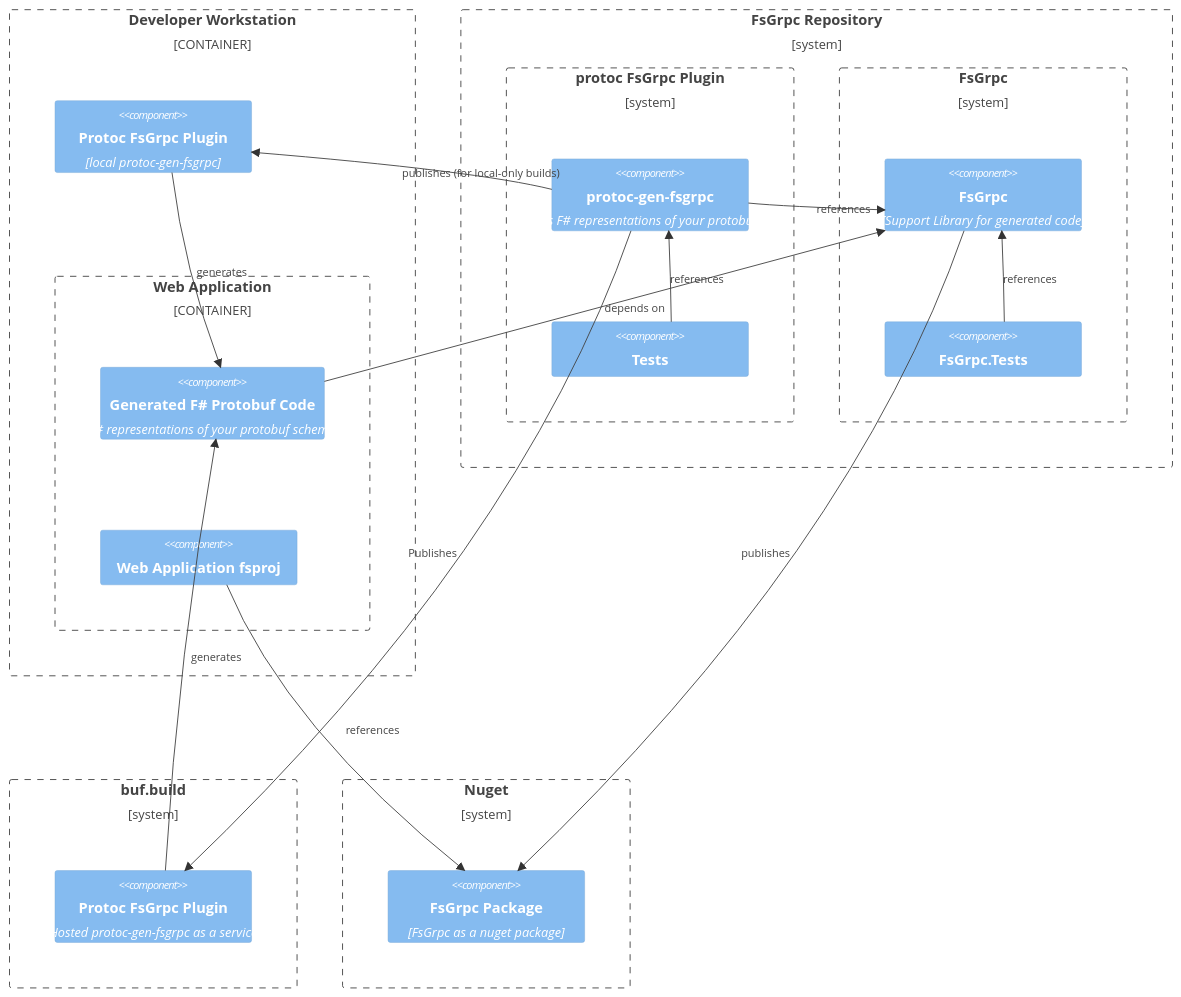
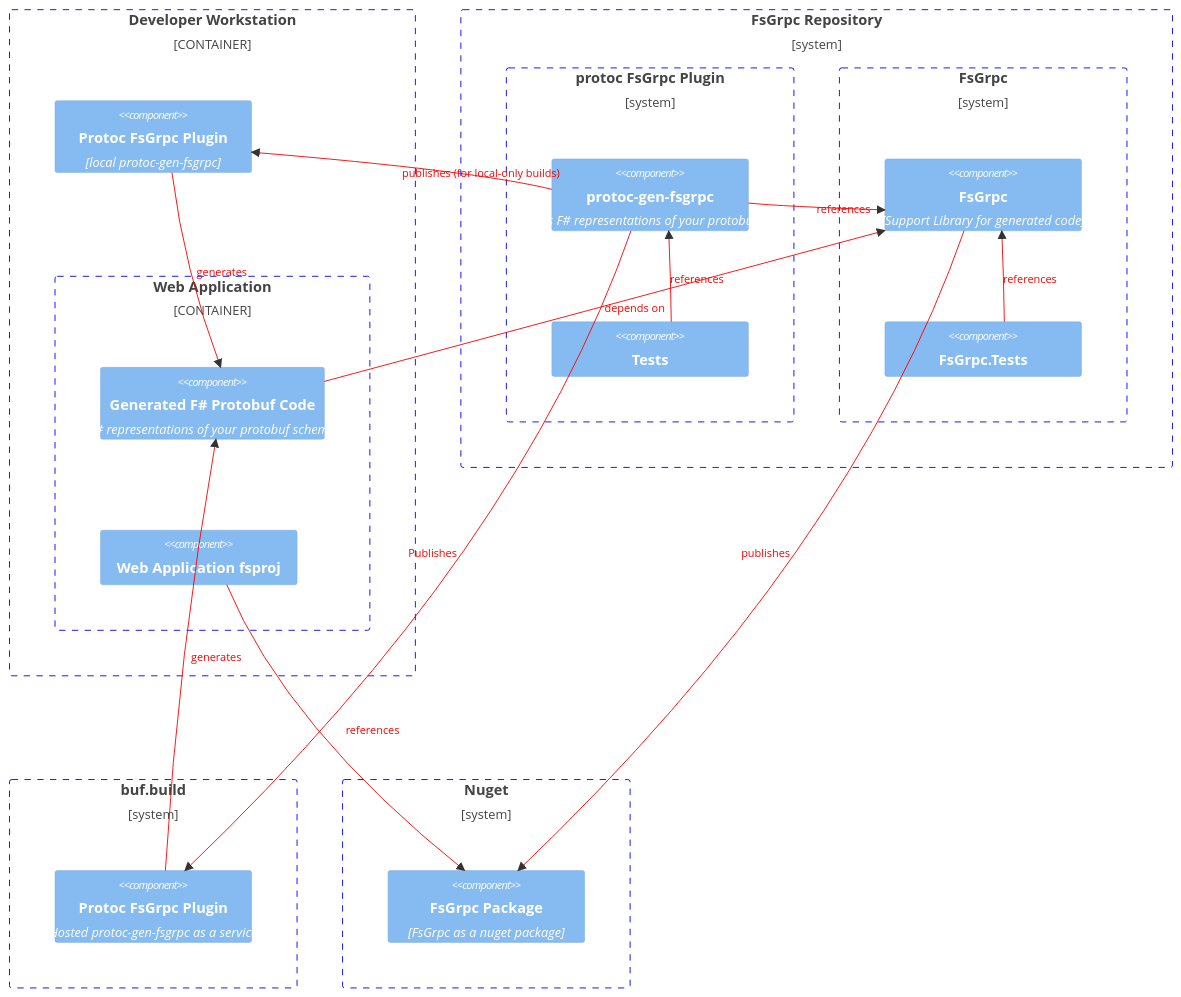
Before and after one commit to dmgtech/fsgrpc: the diagram in README.md, drawn with Mermaid.

Commit message:
update system diagram colors

````diff
--- a/README.md
+++ b/README.md
@@ -12,41 +12,62 @@
 ```mermaid
+
 C4Context
-  Container_Boundary(c1, "Developer Workstation", $link="https://github.com/plantuml-stdlib/C4-PlantUML") {
+  Container_Boundary(workstation, "Developer Workstation", $link="https://github.com/plantuml-stdlib/C4-PlantUML") {
       Container_Boundary(your_app, "Web Application"){
           Component(generatedcode, "Generated F# Protobuf Code", "F# representations of your protobuf schema")
           Component(projectfile, "Web Application fsproj")
       }
       Component(protoc_fsgrpc_plugin_local, "Protoc FsGrpc Plugin", "local protoc-gen-fsgrpc")
   }
 
-Boundary(fsgrpc_repository, "FsGrpc Repository"){
-   Boundary(protoc_component, "protoc FsGrpc Plugin"){
-       Component(protoc_gen_fsgrpc,"protoc-gen-fsgrpc", "Generates F# representations of your protobuf schema")
-       Component(protoc_gen_fsgrpc_tests, "Tests")
-   }
-   Boundary(fsgrpc_component, "FsGrpc"){
-       Component(fsgrpc, "FsGrpc", "Support Library for generated code")
-       Component(fsgrpc_tests, "FsGrpc.Tests")
-   }
-}
+  Boundary(fsgrpc_repository, "FsGrpc Repository"){
+     Boundary(protoc_component, "protoc FsGrpc Plugin"){
+         Component(protoc_gen_fsgrpc,"protoc-gen-fsgrpc", "Generates F# representations of your protobuf schema")
+         Component(protoc_gen_fsgrpc_tests, "Tests")
+     }
+     Boundary(fsgrpc_component, "FsGrpc"){
+         Component(fsgrpc, "FsGrpc", "Support Library for generated code")
+         Component(fsgrpc_tests, "FsGrpc.Tests")
+     }
+  }
 
-Boundary(buf, "buf.build"){
-    Component(protoc_fsgrpc_plugin, "Protoc FsGrpc Plugin", "Hosted protoc-gen-fsgrpc as a service")
-}
+  Boundary(buf, "buf.build"){
+      Component(protoc_fsgrpc_plugin, "Protoc FsGrpc Plugin", "Hosted protoc-gen-fsgrpc as a service")
+  }
 
-Boundary(nuget, "Nuget"){
-    Component(fsgrpc_nuget, "FsGrpc Package", "FsGrpc as a nuget package")
-}
+  Boundary(nuget, "Nuget"){
+      Component(fsgrpc_nuget, "FsGrpc Package", "FsGrpc as a nuget package")
+  }
 
-Rel(generatedcode, fsgrpc, "depends on")
-Rel(fsgrpc, fsgrpc_nuget, "publishes")
-Rel(protoc_gen_fsgrpc, protoc_fsgrpc_plugin, "Publishes")
-Rel(protoc_gen_fsgrpc, protoc_fsgrpc_plugin_local, "publishes (for local-only builds)")
-Rel(protoc_fsgrpc_plugin, generatedcode, "generates")
-Rel(projectfile, fsgrpc_nuget, "references")
-Rel(protoc_fsgrpc_plugin_local, generatedcode, "generates")
-Rel(protoc_gen_fsgrpc, fsgrpc, "references")
-Rel(fsgrpc_tests, fsgrpc, "references")
-Rel(protoc_gen_fsgrpc_tests, protoc_gen_fsgrpc, "references")
+
+  UpdateElementStyle(workstation, $fontColor="blue", $borderColor="blue", $legendTest=" ")
+  UpdateElementStyle(your_app, $fontColor="blue", $borderColor="blue", $legendTest=" ")
+  
+  UpdateElementStyle(fsgrpc_repository, $fontColor="blue", $borderColor="blue", $legendTest=" ")
+  UpdateElementStyle(protoc_component, $fontColor="blue", $borderColor="blue", $legendTest=" ")
+  UpdateElementStyle(fsgrpc_component, $fontColor="blue", $borderColor="blue", $legendTest=" ")
+  
+  UpdateElementStyle(buf, $fontColor="blue", $borderColor="blue", $legendTest=" ")
+  UpdateElementStyle(nuget, $fontColor="blue", $borderColor="blue", $legendTest=" ")
+  Rel(generatedcode, fsgrpc, "depends on")
+  UpdateRelStyle(generatedcode, fsgrpc, $textColor="red", $lineColor="red")
+  Rel(fsgrpc, fsgrpc_nuget, "publishes")
+  UpdateRelStyle(fsgrpc, fsgrpc_nuget, $textColor="red", $lineColor="red")
+  Rel(protoc_gen_fsgrpc, protoc_fsgrpc_plugin, "Publishes")
+  UpdateRelStyle(protoc_gen_fsgrpc, protoc_fsgrpc_plugin, $textColor="red", $lineColor="red")
+  Rel(protoc_gen_fsgrpc, protoc_fsgrpc_plugin_local, "publishes (for local-only builds)")
+  UpdateRelStyle(protoc_gen_fsgrpc, protoc_fsgrpc_plugin_local, $textColor="red", $lineColor="red")
+  Rel(protoc_fsgrpc_plugin, generatedcode, "generates")
+  UpdateRelStyle(protoc_fsgrpc_plugin, generatedcode, $textColor="red", $lineColor="red")
+  Rel(projectfile, fsgrpc_nuget, "references")
+  UpdateRelStyle(projectfile, fsgrpc_nuget, $textColor="red", $lineColor="red")
+  Rel(protoc_fsgrpc_plugin_local, generatedcode, "generates")
+  UpdateRelStyle(protoc_fsgrpc_plugin_local, generatedcode, $textColor="red", $lineColor="red")
+  Rel(protoc_gen_fsgrpc, fsgrpc, "references")
+  UpdateRelStyle(protoc_gen_fsgrpc, fsgrpc, $textColor="red", $lineColor="red")
+  Rel(fsgrpc_tests, fsgrpc, "references")
+  UpdateRelStyle(fsgrpc_tests, fsgrpc, $textColor="red", $lineColor="red")
+  Rel(protoc_gen_fsgrpc_tests, protoc_gen_fsgrpc, "references")
+  UpdateRelStyle(protoc_gen_fsgrpc_tests, protoc_gen_fsgrpc, $textColor="red", $lineColor="red")
 
 ```
````
